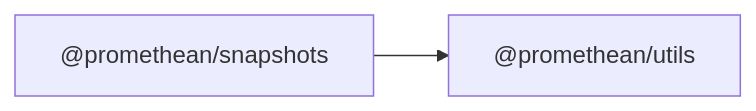
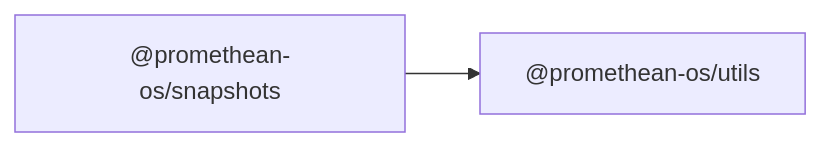
One commit to octave-commons/promethean changed the diagram in docs/packages/snapshots/README.md. Above: the diagram before and after it, drawn with Mermaid. The commit also changed other lines of this file and 1753 other files, not shown here.

````diff
--- a/docs/packages/snapshots/README.md
+++ b/docs/packages/snapshots/README.md
@@ -14,7 +14,7 @@
 ```mermaid
 graph LR
-  A["@promethean/snapshots"]
-  D1["@promethean/utils"]
-  A --> D1["@promethean/utils"]
-  click D1 "../utils/README.md" "@promethean/utils"
+  A["@promethean-os/snapshots"]
+  D1["@promethean-os/utils"]
+  A --> D1["@promethean-os/utils"]
+  click D1 "../utils/README.md" "@promethean-os/utils"
 ```
````
